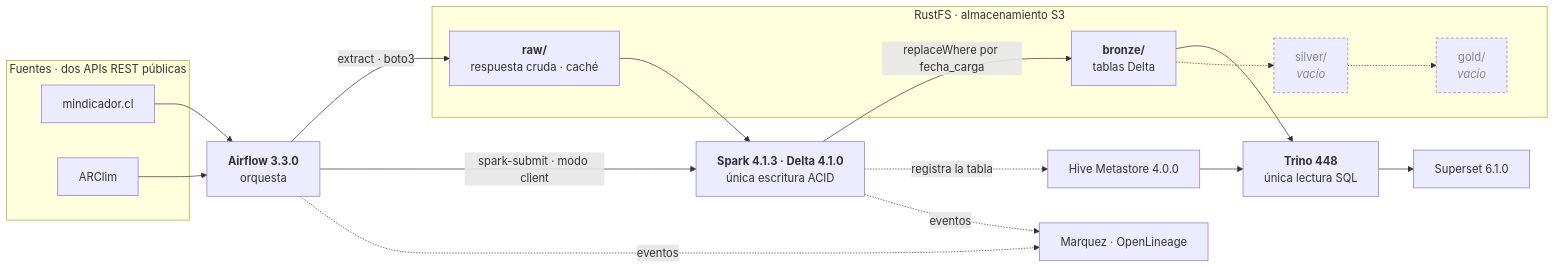
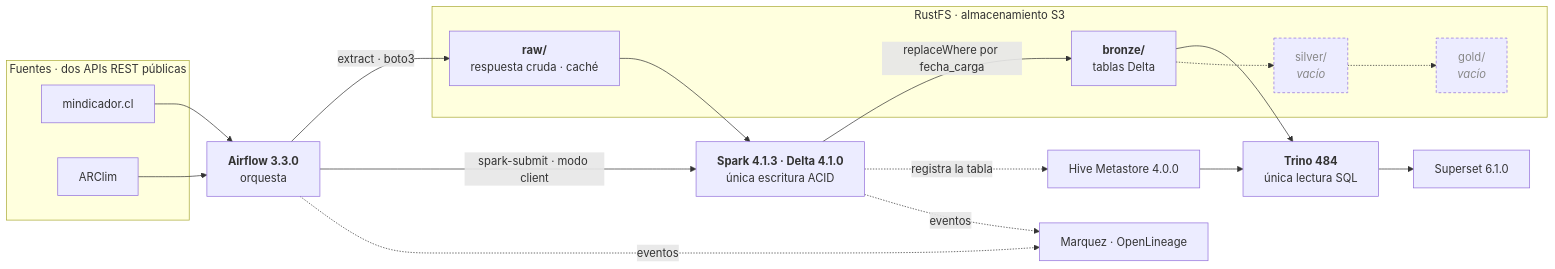
The first of 4 diagrams in docs/arquitectura.md (vektralforge/vektralforge), drawn with Mermaid before and after one commit. The commit also changed other lines of this file and 7 other files, not shown here.

````diff
--- a/docs/arquitectura.md
+++ b/docs/arquitectura.md
@@ -129,39 +129,39 @@
 ```mermaid
 flowchart LR
     subgraph fuentes["Fuentes · dos APIs REST públicas"]
         API1["mindicador.cl"]
         API2["ARClim"]
     end
 
     AF["<b>Airflow 3.3.0</b><br/>orquesta"]
 
     subgraph rustfs["RustFS · almacenamiento S3"]
         RAW["<b>raw/</b><br/>respuesta cruda · caché"]
         BRZ["<b>bronze/</b><br/>tablas Delta"]
         SLV["silver/<br/><i>vacío</i>"]
         GLD["gold/<br/><i>vacío</i>"]
     end
 
     SPK["<b>Spark 4.1.3 · Delta 4.1.0</b><br/>única escritura ACID"]
     HMS["Hive Metastore 4.0.0"]
-    TRN["<b>Trino 448</b><br/>única lectura SQL"]
+    TRN["<b>Trino 484</b><br/>única lectura SQL"]
     SUP["Superset 6.1.0"]
     MQZ["Marquez · OpenLineage"]
 
     API1 --> AF
     API2 --> AF
     AF -->|"extract · boto3"| RAW
     AF -->|"spark-submit · modo client"| SPK
     RAW --> SPK
     SPK -->|"replaceWhere por fecha_carga"| BRZ
     SPK -.->|"registra la tabla"| HMS
     HMS --> TRN
     BRZ --> TRN
     TRN --> SUP
     AF -.->|eventos| MQZ
     SPK -.->|eventos| MQZ
     BRZ -.-> SLV -.-> GLD
 
     classDef vacio stroke-dasharray:4 3,color:#888
     class SLV,GLD vacio
 ```
````
